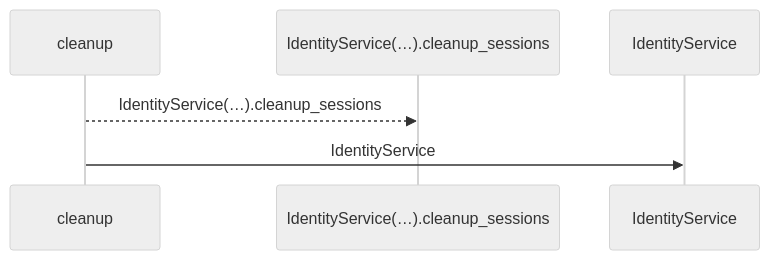
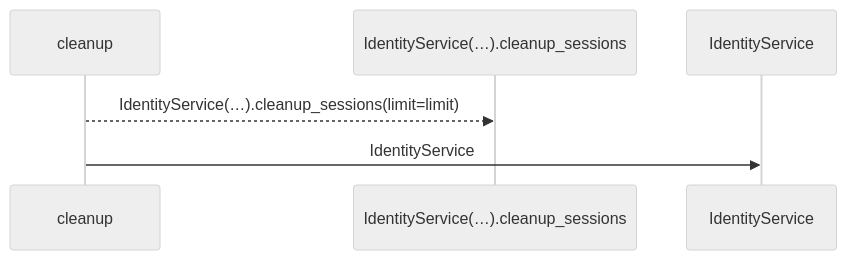
The first of 2 diagrams in docs/llm_wiki/flows/http-cleanup.md (Denissvgn/WorkChord), drawn with Mermaid (neutral theme) before and after one commit. The commit also changed other lines of this file and 25171 other files, not shown here.

````diff
--- a/docs/llm_wiki/flows/http-cleanup.md
+++ b/docs/llm_wiki/flows/http-cleanup.md
@@ -10,8 +12,8 @@
 ```mermaid
 sequenceDiagram
     participant p0 as cleanup
     participant p1 as IdentityService(…).cleanup_sessions
     participant p2 as IdentityService
-    p0-->>p1: IdentityService(…).cleanup_sessions
+    p0-->>p1: IdentityService(…).cleanup_sessions(limit=limit)
     p0->>p2: IdentityService
 ```
````
